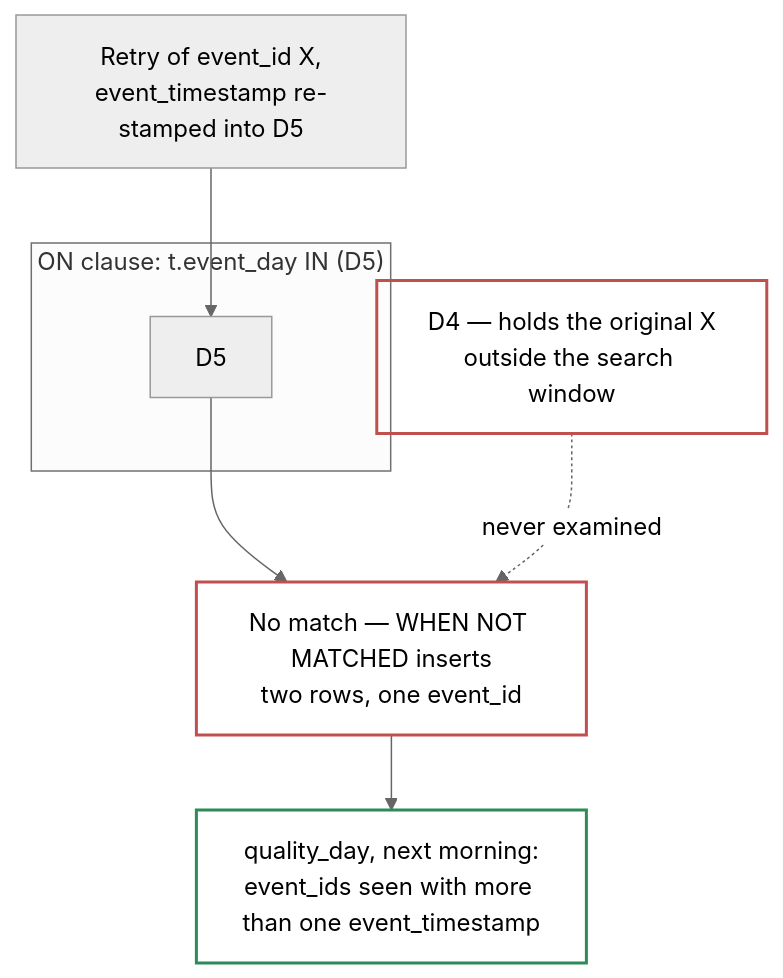
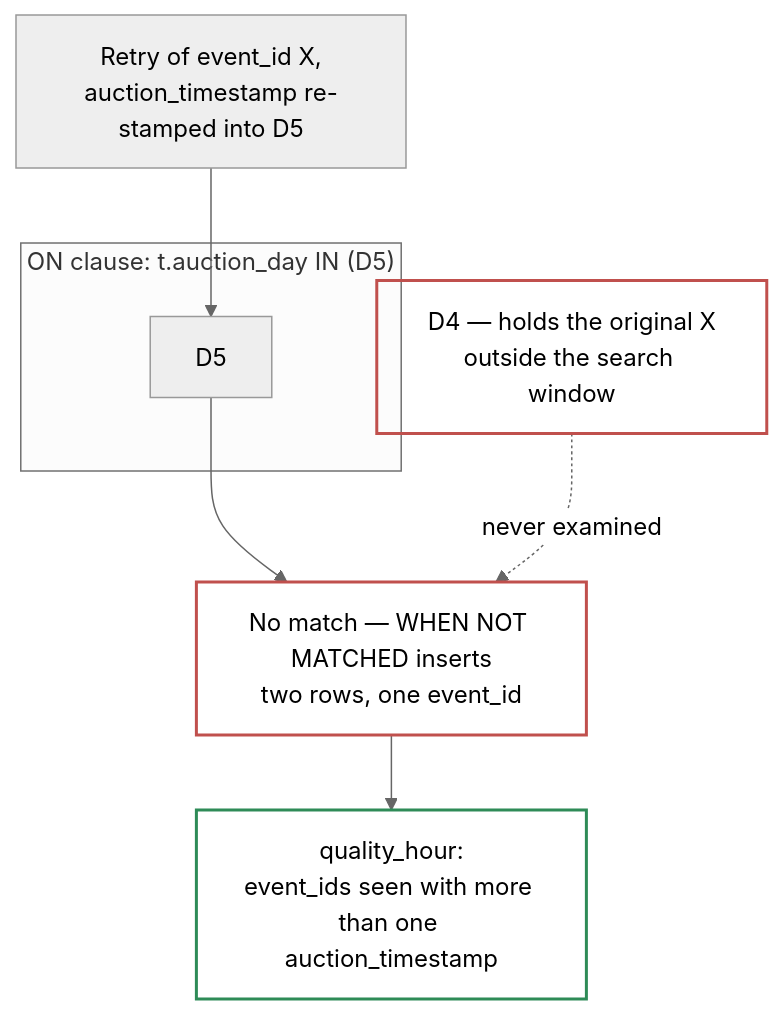
The diagram in part_1/06-dedup-sql.md (thomasguillaux/op-technical-test), drawn with Mermaid (neutral theme) before and after one commit. The commit also changed other lines of this file and 13 other files, not shown here.

````diff
--- a/part_1/06-dedup-sql.md
+++ b/part_1/06-dedup-sql.md
@@ -119,16 +184,16 @@
 ```mermaid
 flowchart TB
-  R["Retry of event_id X,<br/>event_timestamp re-stamped into D5"]
+  R["Retry of event_id X,<br/>auction_timestamp re-stamped into D5"]
   D4["D4 — holds the original X<br/>outside the search window"]
-  subgraph win["ON clause: t.event_day IN (D5)"]
+  subgraph win["ON clause: t.auction_day IN (D5)"]
     D5["D5"]
   end
   R --> D5
   D5 --> RES["No match — WHEN NOT MATCHED inserts<br/>two rows, one event_id"]
   D4 -. "never examined" .-> RES
-  RES --> Q["quality_day, next morning:<br/>event_ids seen with more than one event_timestamp"]
+  RES --> Q["quality_hour:<br/>event_ids seen with more than one auction_timestamp"]
   classDef out fill:none,stroke:#c0504d,stroke-width:2px;
   classDef det fill:none,stroke:#2e8b57,stroke-width:2px;
   class D4,RES out;
   class Q det;
 ```
````
